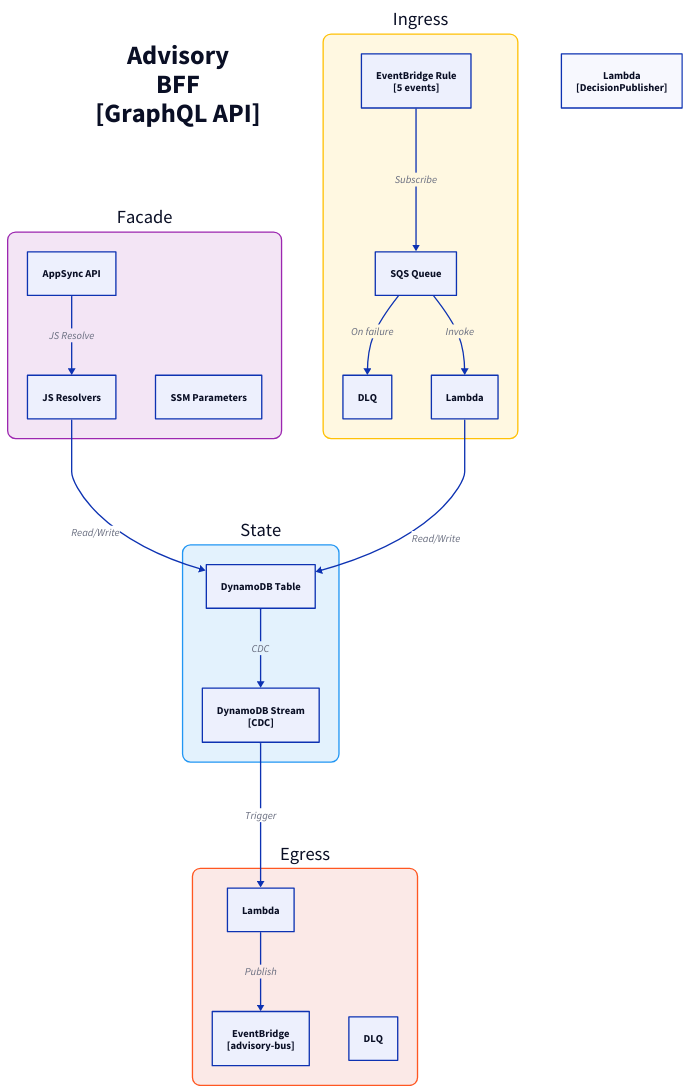
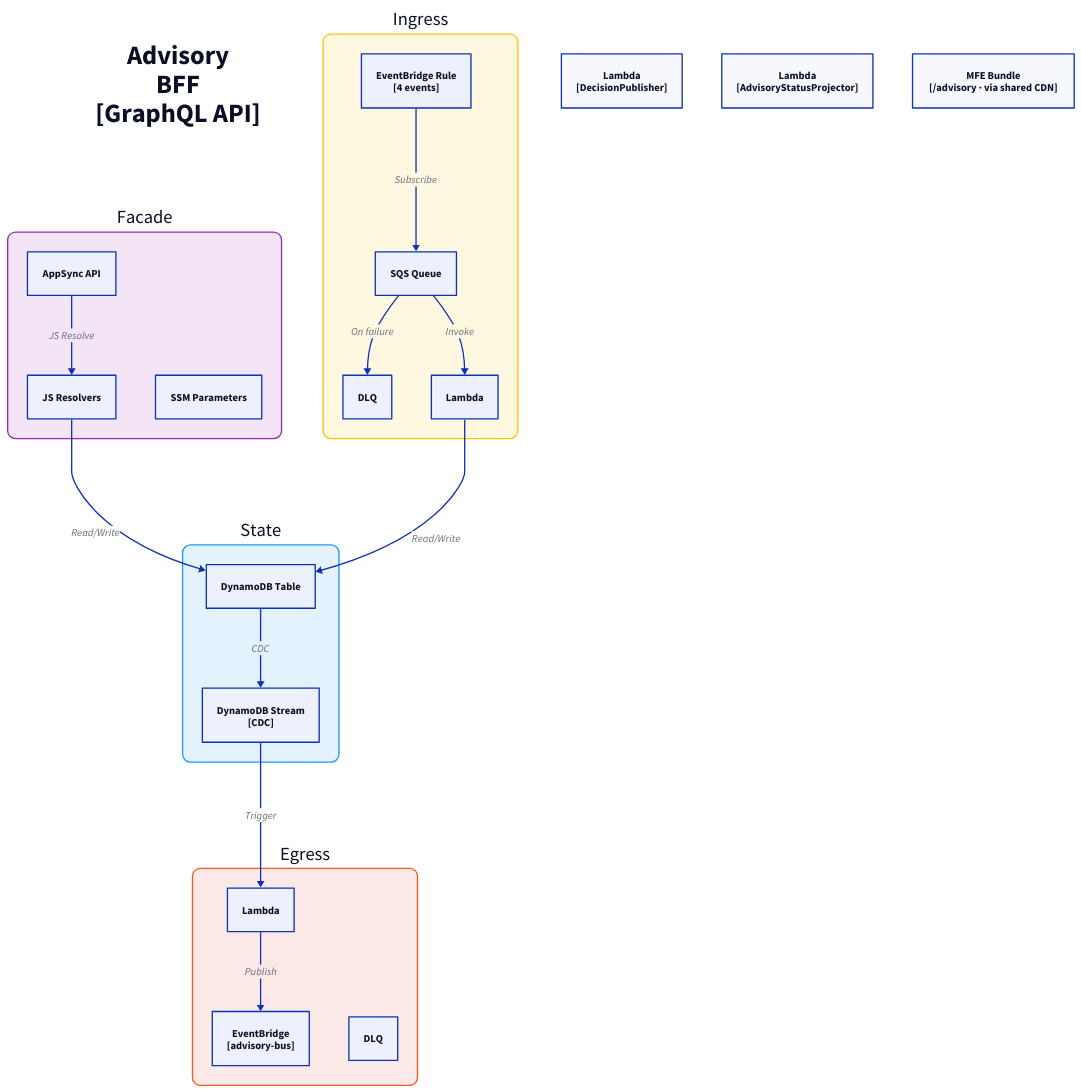
One commit to fabio-vitali/nestfolio changed the diagram in docs/architecture/c3/advisory-bff.d2. Above: the diagram before and after it, drawn with D2. The commit also changed 23 other files, not shown here.

First line of the commit message:
fix(c4-diagrams): render Broadcaster + MfeBucket, prune orphan C3 files

```diff
--- a/docs/architecture/c3/advisory-bff.d2
+++ b/docs/architecture/c3/advisory-bff.d2
@@ -1,48 +1,51 @@
 direction: down
 
 title: "Advisory\nBFF\n[GraphQL API]" {
   style: { font-size: 40; bold: true; fill: transparent; stroke: transparent }
 }
 
 facade: "Facade" {
   style: { fill: "#F3E5F5"; stroke: "#9C27B0"; border-radius: 12; font-size: 28 }
   appsync: "AppSync API" { class: aws-appsync }
   resolvers: "JS Resolvers" { class: aws-lambda }
   appsync -> resolvers: JS Resolve
   ssm: "SSM Parameters" { class: aws-ssm }
 }
 
 ingress: "Ingress" {
   style: { fill: "#FFF8E1"; stroke: "#FFC107"; border-radius: 12; font-size: 28 }
-  rule: "EventBridge Rule\n[5 events]" { class: aws-eventbridge }
+  rule: "EventBridge Rule\n[4 events]" { class: aws-eventbridge }
   sqs: "SQS Queue" { class: aws-sqs }
   dlq: "DLQ" { class: aws-dlq }
   handler: "Lambda" { class: aws-lambda }
 
   rule -> sqs: Subscribe
   sqs -> handler: Invoke
   sqs -> dlq: On failure
 }
 
 state: "State" {
   style: { fill: "#E3F2FD"; stroke: "#2196F3"; border-radius: 12; font-size: 28 }
   table: "DynamoDB Table" { class: aws-dynamodb }
   stream: "DynamoDB Stream\n[CDC]" { class: aws-ddb-stream }
   table -> stream: CDC
 }
 
 egress: "Egress" {
   style: { fill: "#FBE9E7"; stroke: "#FF5722"; border-radius: 12; font-size: 28 }
   processor: "Lambda" { class: aws-lambda }
   bus: "EventBridge\n[advisory-bus]" { class: aws-eventbridge }
   dlq: "DLQ" { class: aws-dlq }
 
   processor -> bus: Publish
 }
 
 decision-publisher: "Lambda\n[DecisionPublisher]" { class: aws-lambda }
+advisory-status-projector: "Lambda\n[AdvisoryStatusProjector]" { class: aws-lambda }
+
+mfe-bundle: "MFE Bundle\n[/advisory · via shared CDN]" { class: aws-s3 }
 
 # Flows
 facade.resolvers -> state.table: Read/Write
 ingress.handler -> state.table: Read/Write
 state.stream -> egress.processor: Trigger
```
